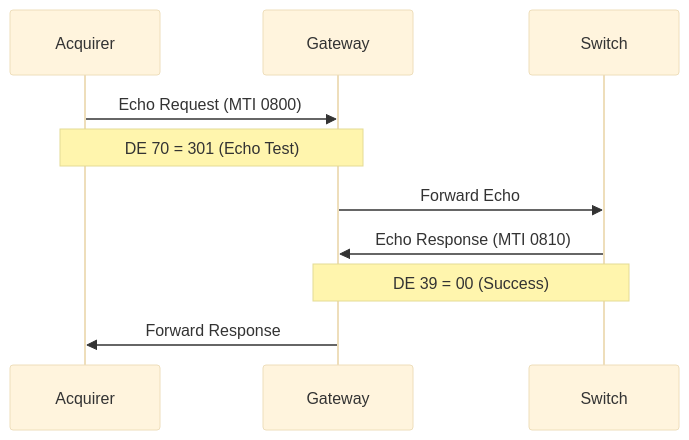
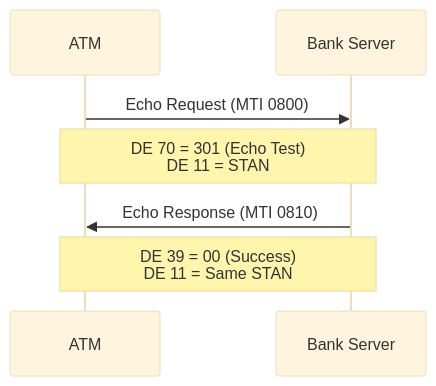
The third of 4 diagrams in workshop/day-2/INSTRUCTIONS.md (artivisi/training-spring-jpos-2025), drawn with Mermaid (base theme) before and after one commit. The commit also changed other lines of this file and 30 other files, not shown here.

````diff
--- a/workshop/day-2/INSTRUCTIONS.md
+++ b/workshop/day-2/INSTRUCTIONS.md
@@ -94,13 +94,10 @@
 ```mermaid
 sequenceDiagram
-    participant Acquirer
-    participant Gateway
-    participant Switch
+    participant ATM
+    participant Bank Server
 
-    Acquirer->>Gateway: Echo Request (MTI 0800)
-    Note over Acquirer,Gateway: DE 70 = 301 (Echo Test)
-    Gateway->>Switch: Forward Echo
-    Switch->>Gateway: Echo Response (MTI 0810)
-    Note over Gateway,Switch: DE 39 = 00 (Success)
-    Gateway->>Acquirer: Forward Response
+    ATM->>Bank Server: Echo Request (MTI 0800)
+    Note over ATM,Bank Server: DE 70 = 301 (Echo Test)<br/>DE 11 = STAN
+    Bank Server->>ATM: Echo Response (MTI 0810)
+    Note over Bank Server,ATM: DE 39 = 00 (Success)<br/>DE 11 = Same STAN
 ```
````
